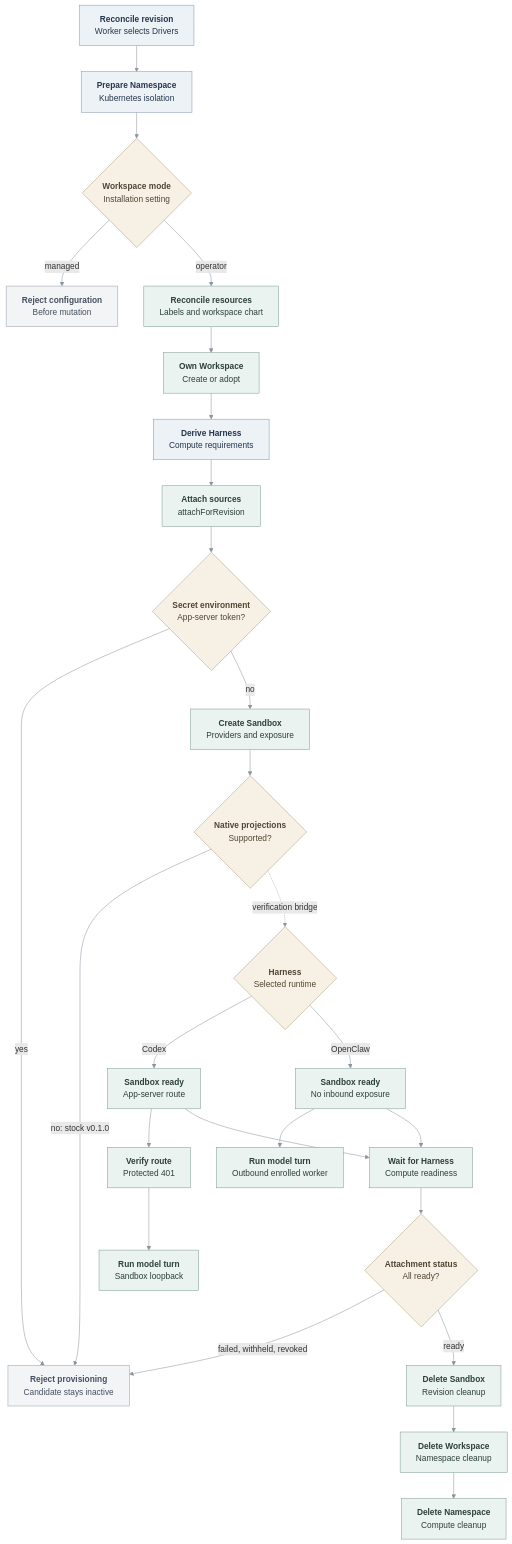
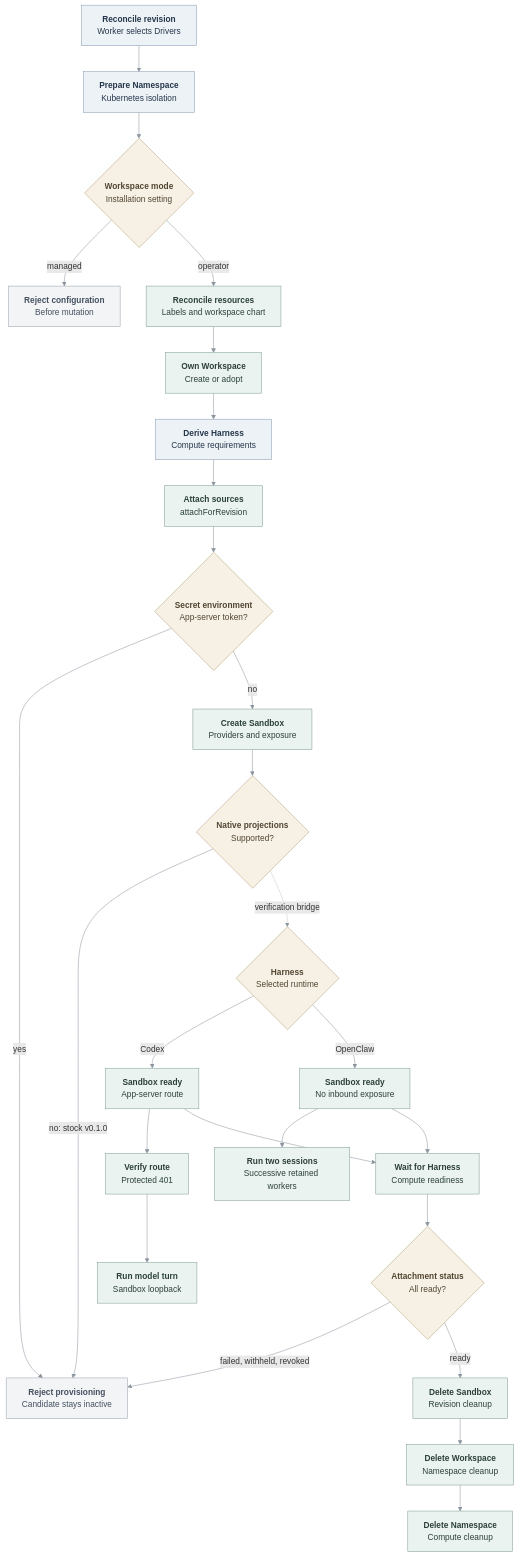
One commit to IsaiahStapleton/openclaw-enterprise changed the diagram in docs/flows/openshell-sandbox-provisioning.md. Above: the diagram before and after it, drawn with Mermaid. The commit also changed other lines of this file and 12 other files, not shown here.

````diff
--- a/docs/flows/openshell-sandbox-provisioning.md
+++ b/docs/flows/openshell-sandbox-provisioning.md
@@ -47,38 +48,38 @@
 ```mermaid
 graph TD
   A["<b>Reconcile revision</b><br/>Worker selects Drivers"] --> B["<b>Prepare Namespace</b><br/>Kubernetes isolation"]
   B --> C{"<b>Workspace mode</b><br/>Installation setting"}
   C -- "managed" --> X["<b>Reject configuration</b><br/>Before mutation"]
   C -- "operator" --> D["<b>Reconcile resources</b><br/>Labels and workspace chart"]
   D --> E["<b>Own Workspace</b><br/>Create or adopt"]
   E --> F["<b>Derive Harness</b><br/>Compute requirements"]
   F --> Q["<b>Attach sources</b><br/>attachForRevision"]
   Q --> G{"<b>Secret environment</b><br/>App-server token?"}
   G -- "yes" --> R["<b>Reject provisioning</b><br/>Candidate stays inactive"]
   G -- "no" --> H["<b>Create Sandbox</b><br/>Providers and exposure"]
   H --> I{"<b>Native projections</b><br/>Supported?"}
   I -- "no: stock v0.1.0" --> R
   I -. "verification bridge" .-> V{"<b>Harness</b><br/>Selected runtime"}
   V -- "Codex" --> J["<b>Sandbox ready</b><br/>App-server route"]
   J --> K["<b>Verify route</b><br/>Protected 401"]
   K --> L["<b>Run model turn</b><br/>Sandbox loopback"]
   V -- "OpenClaw" --> T["<b>Sandbox ready</b><br/>No inbound exposure"]
-  T --> U["<b>Run model turn</b><br/>Outbound enrolled worker"]
+  T --> U["<b>Run two sessions</b><br/>Successive retained workers"]
   J --> M["<b>Wait for Harness</b><br/>Compute readiness"]
   M --> S{"<b>Attachment status</b><br/>All ready?"}
   S -- "failed, withheld, revoked" --> R
   S -- "ready" --> N["<b>Delete Sandbox</b><br/>Revision cleanup"]
   T --> M
   N --> O["<b>Delete Workspace</b><br/>Namespace cleanup"]
   O --> P["<b>Delete Namespace</b><br/>Compute cleanup"]
 
   classDef state fill:#EDF2F7,stroke:#879AB0,color:#25364A,stroke-width:1px
   classDef operation fill:#EBF3F0,stroke:#7F9D93,color:#2B4038,stroke-width:1px
   classDef gate fill:#F7F1E5,stroke:#B3A078,color:#514532,stroke-width:1px
   classDef blocked fill:#F3F4F6,stroke:#98A2AE,color:#44505F,stroke-width:1px
   class A,B,F state
   class D,E,Q,H,J,K,L,M,N,O,P,T,U operation
   class C,G,I,S,V gate
   class X,R blocked
   linkStyle default stroke:#8B949E,stroke-width:1px
 ```
````
